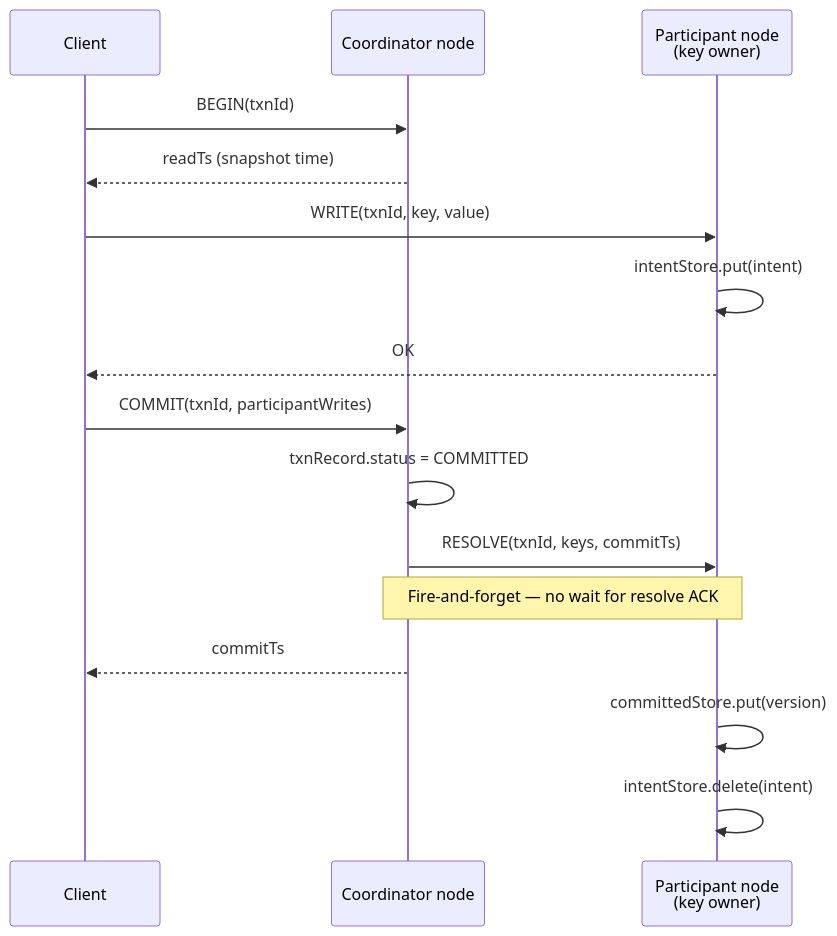
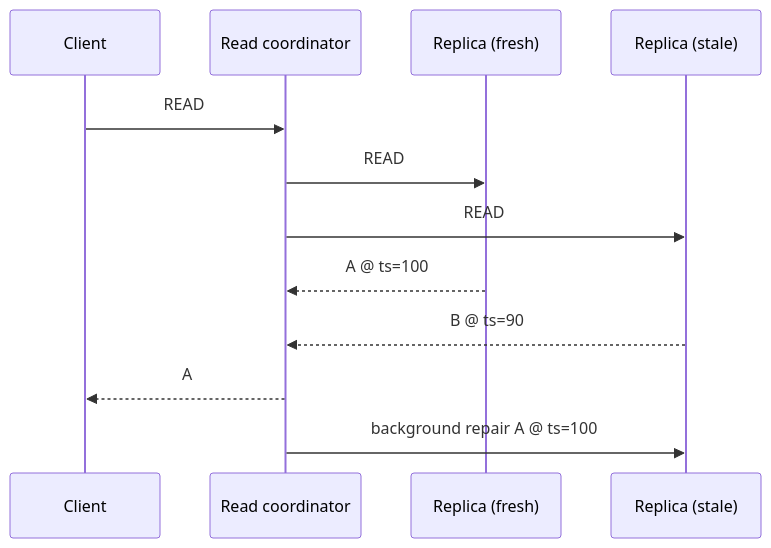
One commit to vasubansal1033/distrib-txn-db changed the third of 3 diagrams in 04-distrib-txn-kv/README.md. Above: the diagram before and after it, drawn with Mermaid. The commit also changed other lines of this file, not shown here.

````diff
--- a/04-distrib-txn-kv/README.md
+++ b/04-distrib-txn-kv/README.md
@@ -107,22 +151,15 @@
 ```mermaid
 sequenceDiagram
     participant Client
-    participant Coord as Coordinator node
-    participant Part as Participant node<br/>(key owner)
+    participant Coord as Read coordinator
+    participant R1 as Replica (fresh)
+    participant R3 as Replica (stale)
 
-    Client->>Coord: BEGIN(txnId)
-    Coord-->>Client: readTs (snapshot time)
-
-    Client->>Part: WRITE(txnId, key, value)
-    Part->>Part: intentStore.put(intent)
-    Part-->>Client: OK
-
-    Client->>Coord: COMMIT(txnId, participantWrites)
-    Coord->>Coord: txnRecord.status = COMMITTED
-    Coord->>Part: RESOLVE(txnId, keys, commitTs)
-    Note over Coord,Part: Fire-and-forget — no wait for resolve ACK
-    Coord-->>Client: commitTs
-
-    Part->>Part: committedStore.put(version)
-    Part->>Part: intentStore.delete(intent)
+    Client->>Coord: READ
+    Coord->>R1: READ
+    Coord->>R3: READ
+    R1-->>Coord: A @ ts=100
+    R3-->>Coord: B @ ts=90
+    Coord-->>Client: A
+    Coord->>R3: background repair A @ ts=100
 ```
````
